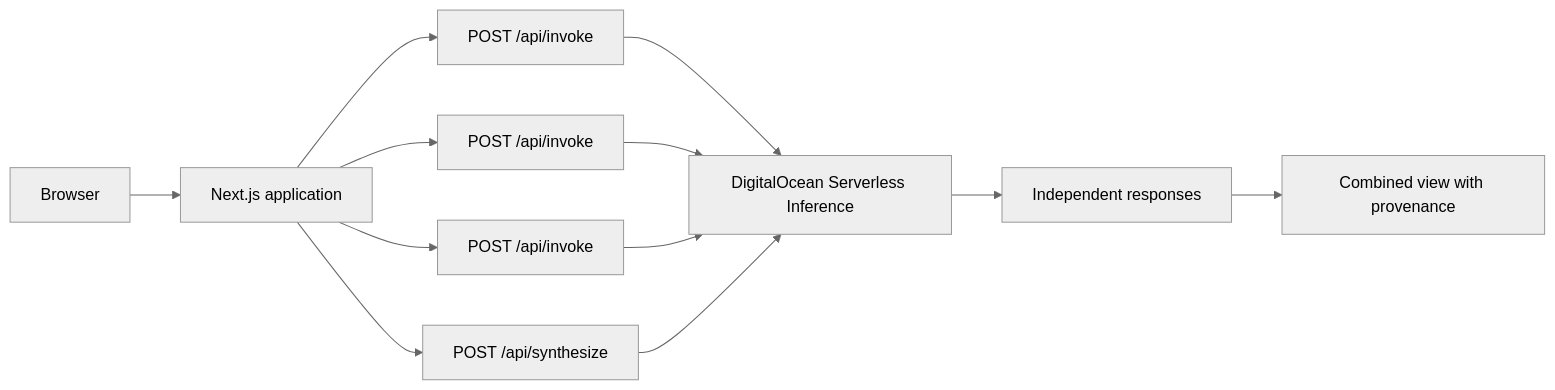
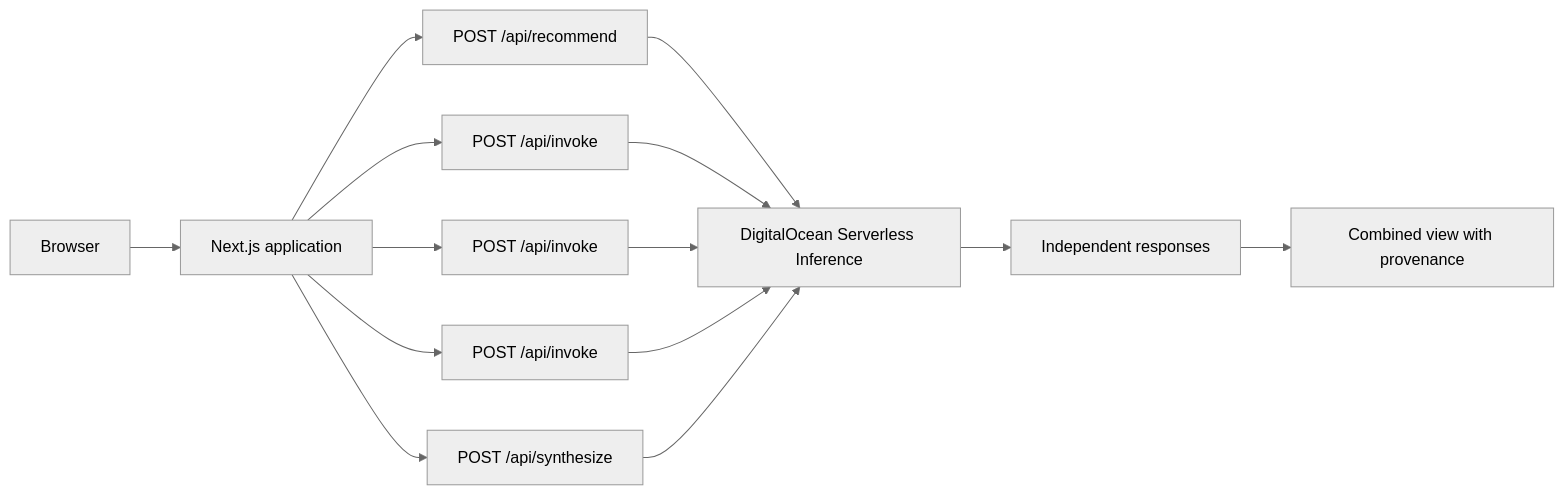
One commit to AnkitKhowal/model-council changed the diagram in README.md. Above: the diagram before and after it, drawn with Mermaid (neutral theme). The commit also changed other lines of this file and 1 other file, not shown here.

````diff
--- a/README.md
+++ b/README.md
@@ -35,12 +37,14 @@
 ```mermaid
 flowchart LR
   U[Browser] --> W[Next.js application]
+  W --> A[POST /api/recommend]
+  A --> DO[DigitalOcean Serverless Inference]
   W --> I1[POST /api/invoke]
   W --> I2[POST /api/invoke]
   W --> I3[POST /api/invoke]
-  I1 & I2 & I3 --> DO[DigitalOcean Serverless Inference]
+  I1 & I2 & I3 --> DO
   W --> S[POST /api/synthesize]
   S --> DO
   DO --> R[Independent responses]
   R --> C[Combined view with provenance]
 ```
````
